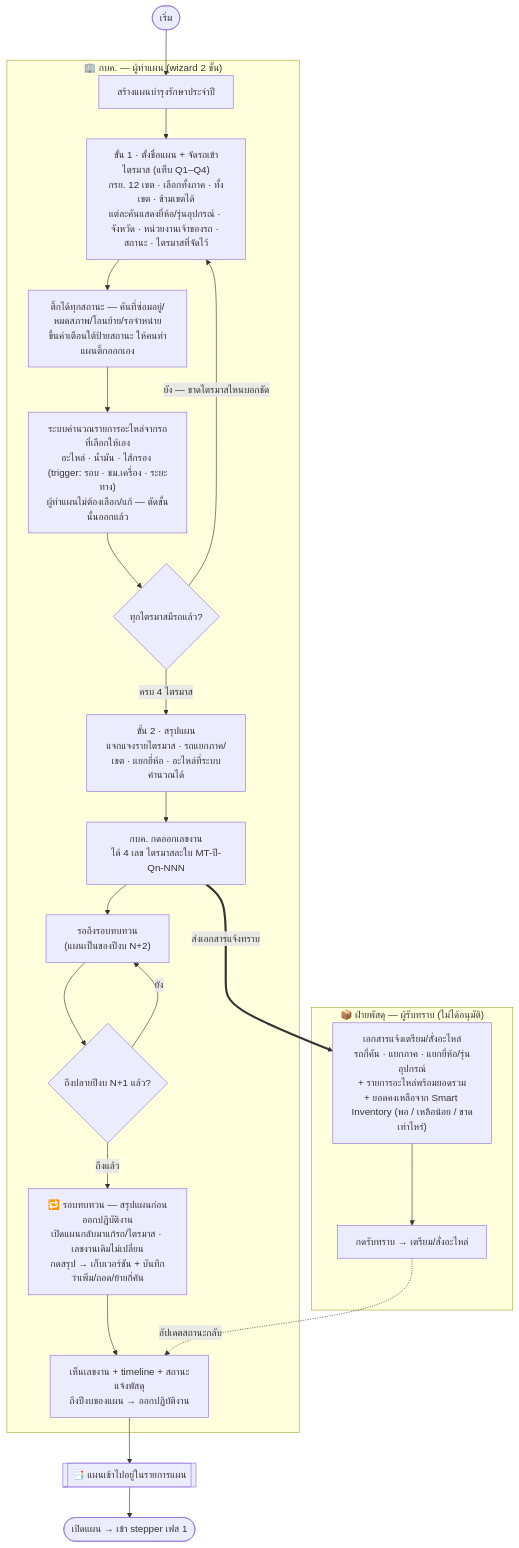
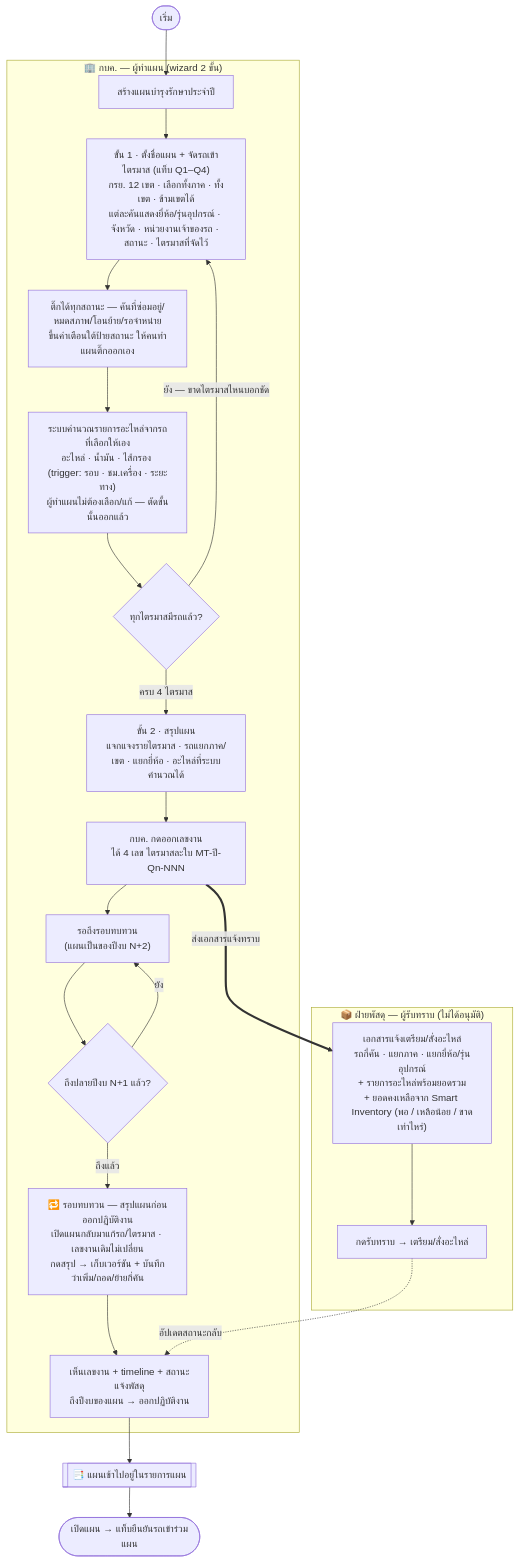
Before and after one commit to anugmail/Maintenance-Request-Form: the diagram in Diagram/01-บำรุงรักษาตามวาระ/01-ออกเลขงาน.md, drawn with Mermaid. The commit also changed other lines of this file and 12 other files, not shown here.

````diff
--- a/Diagram/01-บำรุงรักษาตามวาระ/01-ออกเลขงาน.md
+++ b/Diagram/01-บำรุงรักษาตามวาระ/01-ออกเลขงาน.md
@@ -24,32 +24,32 @@
 ```mermaid
 flowchart TB
     S([เริ่ม])
 
     subgraph KBK["🏢 กบค. — ผู้ทำแผน (wizard 2 ขั้น)"]
         A[สร้างแผนบำรุงรักษาประจำปี]
         A --> B["ขั้น 1 · ตั้งชื่อแผน + จัดรถเข้าไตรมาส (แท็บ Q1–Q4)<br/>กรย. 12 เขต · เลือกทั้งภาค · ทั้งเขต · ข้ามเขตได้<br/>แต่ละคันแสดงยี่ห้อ/รุ่นอุปกรณ์ · จังหวัด · หน่วยงานเจ้าของรถ · สถานะ · ไตรมาสที่จัดไว้"]
         B --> B2["ติ๊กได้ทุกสถานะ — คันที่ซ่อมอยู่/หมดสภาพ/โอนย้าย/รอจำหน่าย<br/>ขึ้นคำเตือนใต้ป้ายสถานะ ให้คนทำแผนติ๊กออกเอง"]
         B2 --> C["ระบบคำนวณรายการอะไหล่จากรถที่เลือกให้เอง<br/>อะไหล่ · น้ำมัน · ไส้กรอง (trigger: รอบ · ชม.เครื่อง · ระยะทาง)<br/>ผู้ทำแผนไม่ต้องเลือก/แก้ — ตัดขั้นนั้นออกแล้ว"]
         C --> CQ{"ทุกไตรมาสมีรถแล้ว?"}
         CQ -->|"ยัง — ขาดไตรมาสไหนบอกชัด"| B
         CQ -->|ครบ 4 ไตรมาส| D["ขั้น 2 · สรุปแผน<br/>แจกแจงรายไตรมาส · รถแยกภาค/เขต · แยกยี่ห้อ · อะไหล่ที่ระบบคำนวณได้"]
         D --> E["กบค. กดออกเลขงาน<br/>ได้ 4 เลข ไตรมาสละใบ MT-ปี-Qn-NNN"]
         E --> W["รอถึงรอบทบทวน<br/>(แผนเป็นของปีงบ N+2)"]
         W --> RV{"ถึงปลายปีงบ N+1 แล้ว?"}
         RV -->|ยัง| W
         RV -->|ถึงแล้ว| R1["🔁 รอบทบทวน — สรุปแผนก่อนออกปฏิบัติงาน<br/>เปิดแผนกลับมาแก้รถ/ไตรมาส · เลขงานเดิมไม่เปลี่ยน<br/>กดสรุป → เก็บเวอร์ชัน + บันทึกว่าเพิ่ม/ถอด/ย้ายกี่คัน"]
         R1 --> J[เห็นเลขงาน + timeline + สถานะแจ้งพัสดุ<br/>ถึงปีงบของแผน → ออกปฏิบัติงาน]
     end
 
     subgraph PSD["📦 ฝ่ายพัสดุ — ผู้รับทราบ (ไม่ได้อนุมัติ)"]
         F["เอกสารแจ้งเตรียม/สั่งอะไหล่<br/>รถกี่คัน · แยกภาค · แยกยี่ห้อ/รุ่นอุปกรณ์<br/>+ รายการอะไหล่พร้อมยอดรวม<br/>+ ยอดคงเหลือจาก Smart Inventory (พอ / เหลือน้อย / ขาดเท่าไหร่)"]
         G[กดรับทราบ → เตรียม/สั่งอะไหล่]
         F --> G
     end
 
     S --> A
     E ==>|ส่งเอกสารแจ้งทราบ| F
     G -. อัปเดตสถานะกลับ .-> J
     J --> L[["📑 แผนเข้าไปอยู่ในรายการแผน"]]
-    L --> Z(["เปิดแผน → เข้า stepper เฟส 1"])
+    L --> Z(["เปิดแผน → แท็บยืนยันรถเข้าร่วมแผน"])
 ```
````
